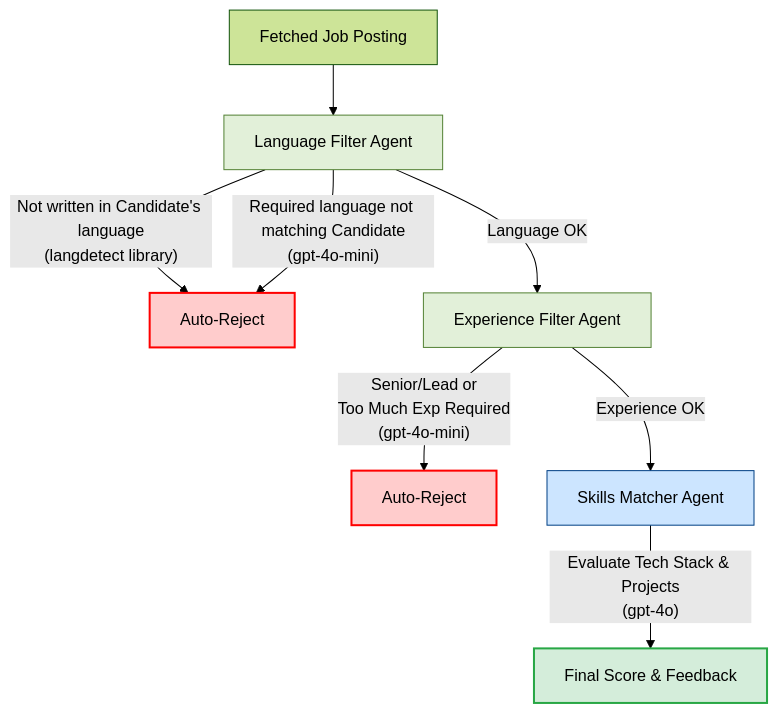
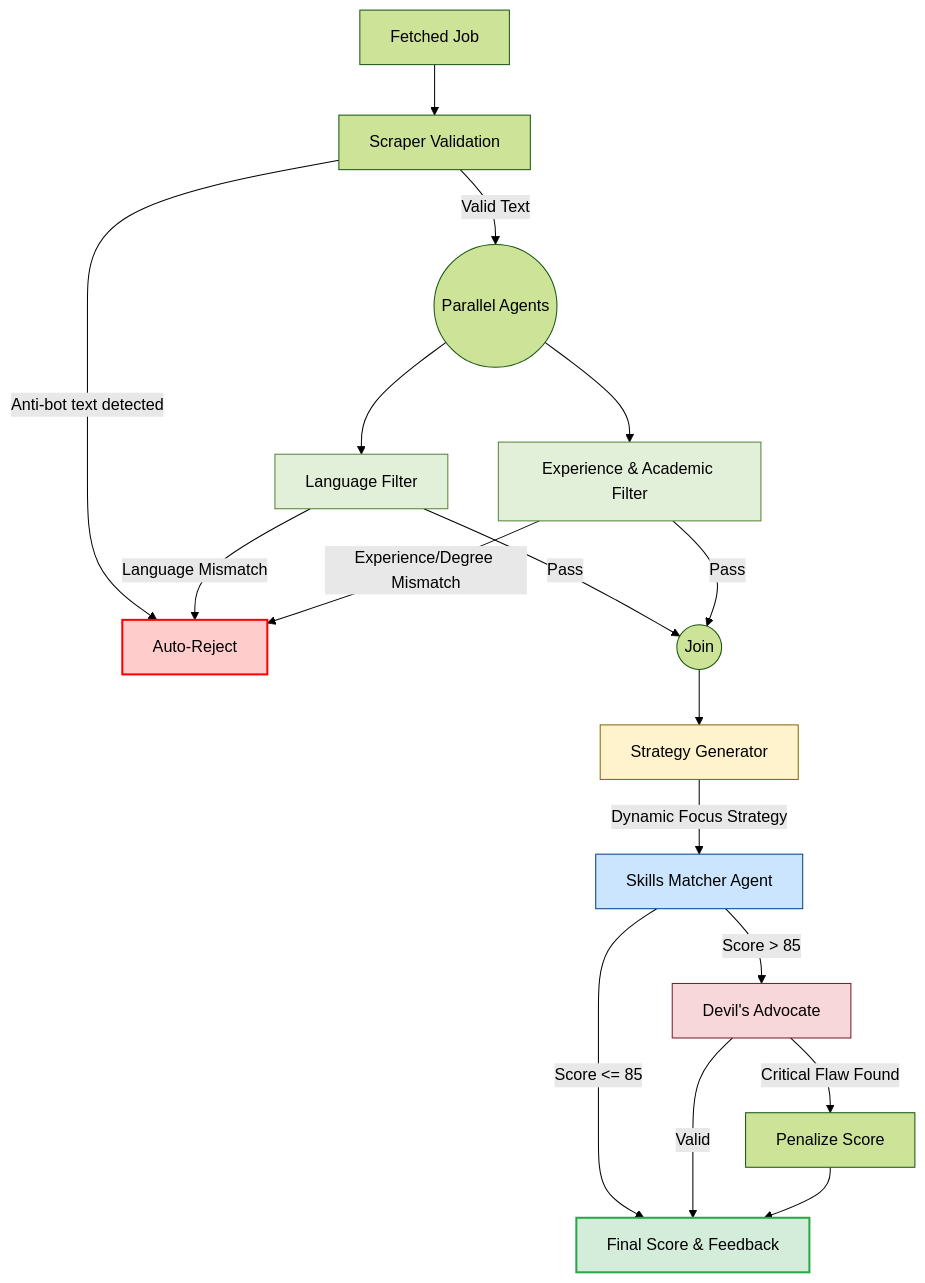
One commit to ducchuu/agent-jobfetching changed the diagram in README.md. Above: the diagram before and after it, drawn with Mermaid (forest theme). The commit also changed other lines of this file and 6 other files, not shown here.

````diff
--- a/README.md
+++ b/README.md
@@ -83,19 +83,33 @@
 ```mermaid
 flowchart TD
-    A[Fetched Job Posting] --> B[Language Filter Agent]
-    B -- "Not written in Candidate's language<br/>(langdetect library)" --> R1[Auto-Reject]
-    B -- "Required language not matching Candidate<br/>(gpt-4o-mini)" --> R1
+    A[Fetched Job] --> V[Scraper Validation]
+    V -- "Anti-bot text detected" --> R1[Auto-Reject]
     
-    B -- "Language OK" --> C[Experience Filter Agent]
-    C -- "Senior/Lead or<br/>Too Much Exp Required<br/>(gpt-4o-mini)" --> R2[Auto-Reject]
+    V -- "Valid Text" --> PA((Parallel Agents))
+    PA --> B[Language Filter]
+    PA --> C[Experience & Academic Filter]
     
-    C -- "Experience OK" --> D[Skills Matcher Agent]
-    D -- "Evaluate Tech Stack & Projects<br/>(gpt-4o)" --> E[Final Score & Feedback]
+    B -- "Language Mismatch" --> R1
+    C -- "Experience/Degree Mismatch" --> R1
+    
+    B -- "Pass" --> J((Join))
+    C -- "Pass" --> J
+    
+    J --> S[Strategy Generator]
+    S -- "Dynamic Focus Strategy" --> D[Skills Matcher Agent]
+    
+    D -- "Score > 85" --> DA[Devil's Advocate]
+    D -- "Score <= 85" --> E[Final Score & Feedback]
+    
+    DA -- "Critical Flaw Found" --> P[Penalize Score]
+    DA -- "Valid" --> E
+    P --> E
     
     style R1 fill:#ffcccc,stroke:#ff0000,stroke-width:2px,color:#000
-    style R2 fill:#ffcccc,stroke:#ff0000,stroke-width:2px,color:#000
     style E fill:#d4edda,stroke:#28a745,stroke-width:2px,color:#000
     style B fill:#e2f0d9,stroke:#548235,color:#000
     style C fill:#e2f0d9,stroke:#548235,color:#000
+    style S fill:#fff3cd,stroke:#856404,color:#000
     style D fill:#cce5ff,stroke:#004085,color:#000
+    style DA fill:#f8d7da,stroke:#721c24,color:#000
 ```
````
